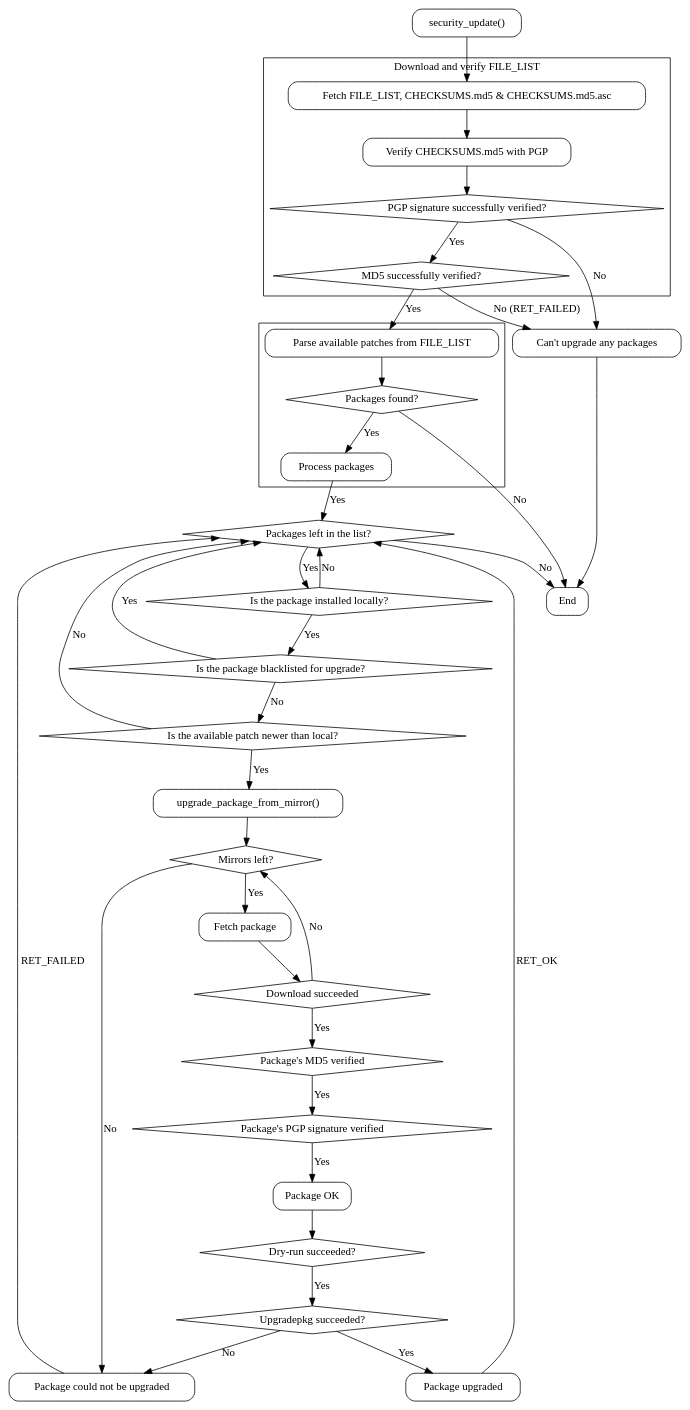
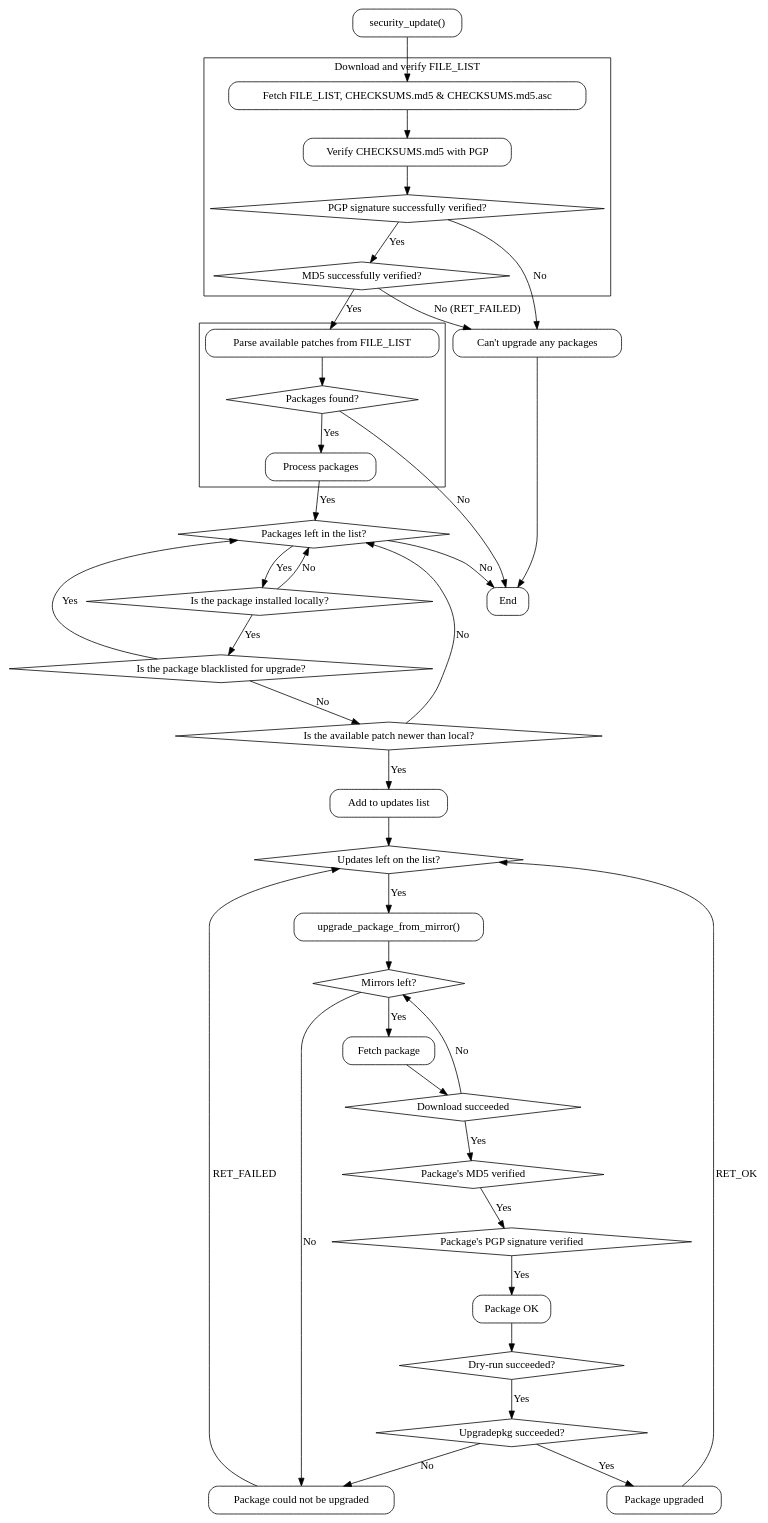
Before and after one commit to pyllyukko/swsp: the diagram in how_it_works.dot, drawn with Graphviz.

Commit message:
Update loop is separate than process packages

```diff
--- a/how_it_works.dot
+++ b/how_it_works.dot
@@ -1,149 +1,156 @@
 /*
  * this is roughly how this script works:
  *
  *   - perform a bunch of sanity checks
  *   - detect the Slackware version and architecture in use
  *   - fetch the patches/FILE_LIST		file from $MAIN_MIRROR FTP
  *   - fetch the patches/CHECKSUMS.md5		file from $MAIN_MIRROR FTP
  *   - fetch the patches/CHECKSUMS.md5.asc	file from $MAIN_MIRROR FTP
  *   - verify the PGP signature of	CHECKSUMS.md5
  *   - verify the FILE_LIST MD5 from	CHECKSUMS.md5
  *   - at this point we should be confident that the patch list is authentic
  *   - read all available packages from FILE_LIST into $PACKAGES[] array
  *
  *   - go through the $PACKAGES[] array:
  *     - check if the package in question is installed on the local system
  *     - if $SELECT_UPDATES_INDIVIDUALLY is 1, let user choose whether to add
  *       the package to the $UPDATES[] array
  *     - go through the $UPDATE_BLACKLIST[] array to see if we should skip this
  *       patch
  *     - verify the slackware version tag in the package's revision field is
  *       correct, if available at all that is
  *     - if SKIP_VERSION_TEST is 0, perform version comparison against the
  *       currently installed versions with version_checker() and
  *       do_version_check() functions
  *       - if versions are the same, compare the revisions
  *     - if SKIP_VERSION_TEST is 1, just compare whether the versions are
  *       exactly same
  *   - add suitable packages to the $UPDATES[] array
  *   - print a brief summary about the packages in the $UPDATES[] array
  *
  *   - start processing the $UPDATES[] array:
  *     - try to fetch the SSA ID for the patch from www.slackware.com
  *     - check if the patch is a kernel upgrade, so we can notify the user that
  *       it needs some manual work
  *     - try all the $MIRRORS[] until the package and it's PGP signature file
  *       are downloaded
  *     - verify the package's MD5 from CHECKSUMS.md5 (note that CHECKSUMS.md5
  *       itself should already be verified at this point, also see
  *       $CHECKSUMS_VERIFIED variable)
  *     - verify the package's PGP signature
  *     - run upgradepkg with --dry-run first and the the real deal
  *     - if everything went well, add the applied patch to $UPGRADED_PACKAGES[]
  *       array, otherwise to the $FAILED_PACKAGES[] array
  *
  *   ... to be continued
  */
 digraph {
   start[shape="box", style=rounded];
   end[shape="box", style=rounded];
   fetch_FILE_LIST[shape="box", style=rounded];
   verify_checksums[shape="box", style=rounded];
   //verify_file_list[shape="box", style=rounded];
   md5_verified[shape="diamond", style=""];
   package_md5_verified[shape="diamond", style=""];
   package_pgp_verified[shape="diamond", style=""];
   package_ok[shape="box", style=rounded];
   pgp_verified[shape="diamond", style=""];
   fail[shape="box", style=rounded];
   parse_updates[shape="box", style=rounded];
   any_packages_found[shape="diamond", style=""];
   process_packages[shape="box", style=rounded];
   next_package[shape="diamond", style=""];
   is_package_installed[shape="diamond", style=""];
   is_package_blacklisted[shape="diamond", style=""];
   is_package_newer[shape="diamond", style=""];
+  add_to_update_list[shape="box", style=rounded];
+  updates_left_on_the_list[shape="diamond", style=""];
   upgrade_package_from_mirror[shape="box", style=rounded];
   next_mirror[shape="diamond", style=""];
   package_upgrade_failed[shape="box", style=rounded];
   fetch_package[shape="box", style=rounded];
   download_success[shape="diamond", style=""];
   dry_run[shape="diamond", style=""];
   upgradepkg[shape="diamond", style=""];
   package_upgraded[shape="box", style=rounded];
 
   start -> fetch_FILE_LIST;
   subgraph cluster0 {
     label="Download and verify FILE_LIST"
 
     fetch_FILE_LIST -> verify_checksums;
     verify_checksums -> pgp_verified;
     pgp_verified -> md5_verified[label="Yes"];
   }
   pgp_verified -> fail[label="No"];
   /*
   pgp_verified -> verify_file_list[label="Yes"];
   verify_file_list -> md5_verified;
   */
   md5_verified -> fail[label="No (RET_FAILED)"];
   fail -> end;
 
   subgraph cluster1 {
     md5_verified -> parse_updates[label="Yes"];
     parse_updates -> any_packages_found;
     any_packages_found -> process_packages[label="Yes"];
   }
   any_packages_found -> end[label="No"];
   process_packages -> next_package[label="Yes"];
 
   next_package -> is_package_installed[label="Yes"];
   is_package_installed -> next_package[label="No"];
   is_package_installed -> is_package_blacklisted[label="Yes"];
   is_package_blacklisted -> is_package_newer[label="No"];
   is_package_blacklisted -> next_package[label="Yes"];
   is_package_newer -> next_package[label="No"];
-  is_package_newer -> upgrade_package_from_mirror[label="Yes"];
+  is_package_newer -> add_to_update_list[label="Yes"];
+  add_to_update_list -> updates_left_on_the_list;
+  updates_left_on_the_list -> upgrade_package_from_mirror[label="Yes"];
   next_package -> end[label="No"];
 
   upgrade_package_from_mirror -> next_mirror;
   next_mirror -> fetch_package[label="Yes"];
   next_mirror -> package_upgrade_failed[label="No"];
   fetch_package -> download_success;
   download_success -> next_mirror[label="No"];
   download_success -> package_md5_verified[label="Yes"];
   package_md5_verified -> package_pgp_verified[label="Yes"];
   package_pgp_verified -> package_ok[label="Yes"];
   package_ok -> dry_run;
   dry_run -> upgradepkg[label="Yes"];
   upgradepkg -> package_upgraded[label="Yes"];
+
   upgradepkg -> package_upgrade_failed[label="No"];
-  package_upgraded -> next_package[label="RET_OK"];
-  package_upgrade_failed -> next_package[label="RET_FAILED"];
+  package_upgraded -> updates_left_on_the_list[label="RET_OK"];
+  package_upgrade_failed -> updates_left_on_the_list[label="RET_FAILED"];
 
   start[label="security_update()"];
   end[label="End"];
   fetch_FILE_LIST[label="Fetch FILE_LIST, CHECKSUMS.md5 & CHECKSUMS.md5.asc"];
   verify_checksums[label="Verify CHECKSUMS.md5 with PGP"];
   //verify_file_list[label="Verify FILE_LIST's MD5"];
   md5_verified[label="MD5 successfully verified?"];
   pgp_verified[label="PGP signature successfully verified?"];
   fail[label="Can't upgrade any packages"];
   parse_updates[label="Parse available patches from FILE_LIST"];
   any_packages_found[label="Packages found?"];
   process_packages[label="Process packages"];
   next_package[label="Packages left in the list?"];
   is_package_installed[label="Is the package installed locally?"];
   is_package_blacklisted[label="Is the package blacklisted for upgrade?"];
   is_package_newer[label="Is the available patch newer than local?"];
+  add_to_update_list[label="Add to updates list"];
+  updates_left_on_the_list[label="Updates left on the list?"];
   upgrade_package_from_mirror[label="upgrade_package_from_mirror()"];
   package_upgrade_failed[label="Package could not be upgraded"];
   next_mirror[label="Mirrors left?"];
   fetch_package[label="Fetch package"];
   download_success[label="Download succeeded"];
   package_md5_verified[label="Package's MD5 verified"];
   package_pgp_verified[label="Package's PGP signature verified"];
   package_ok[label="Package OK"];
   dry_run[label="Dry-run succeeded?"];
   upgradepkg[label="Upgradepkg succeeded?"];
   package_upgraded[label="Package upgraded"];
 }
```
